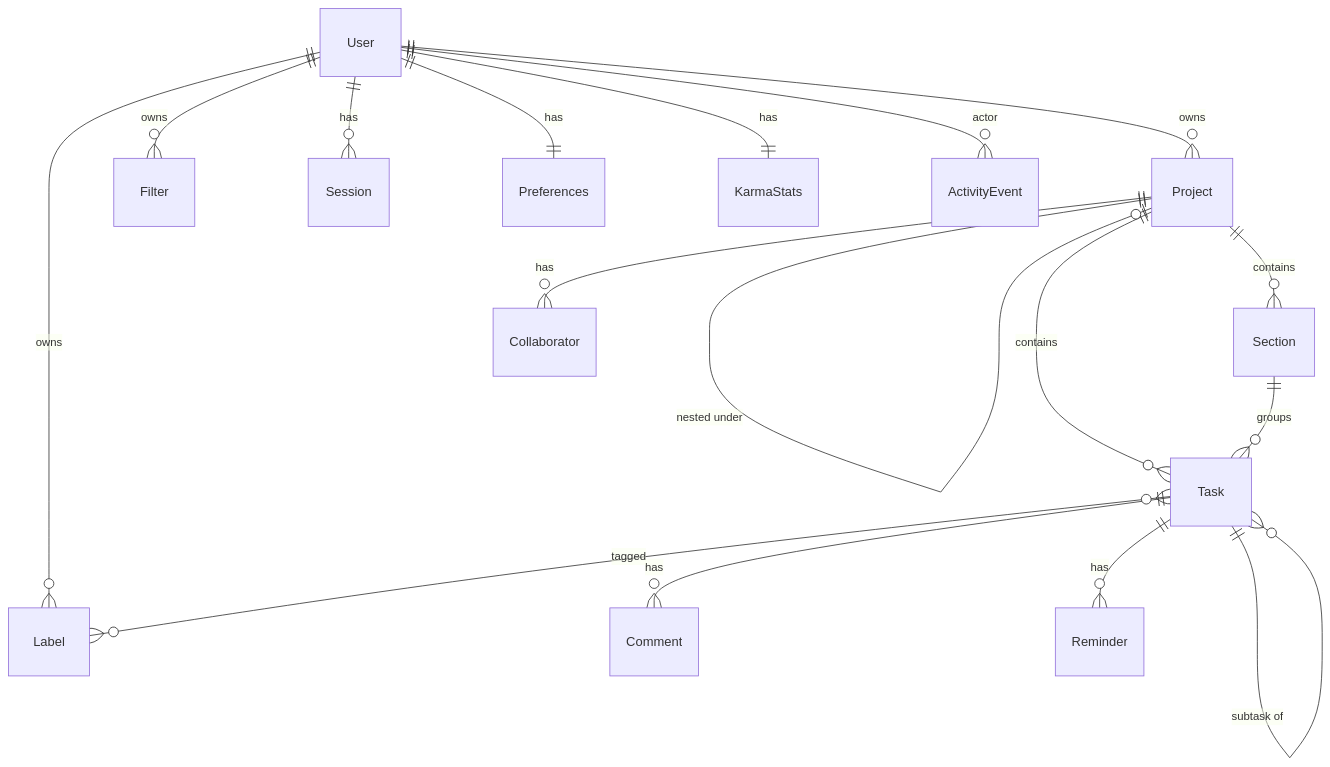
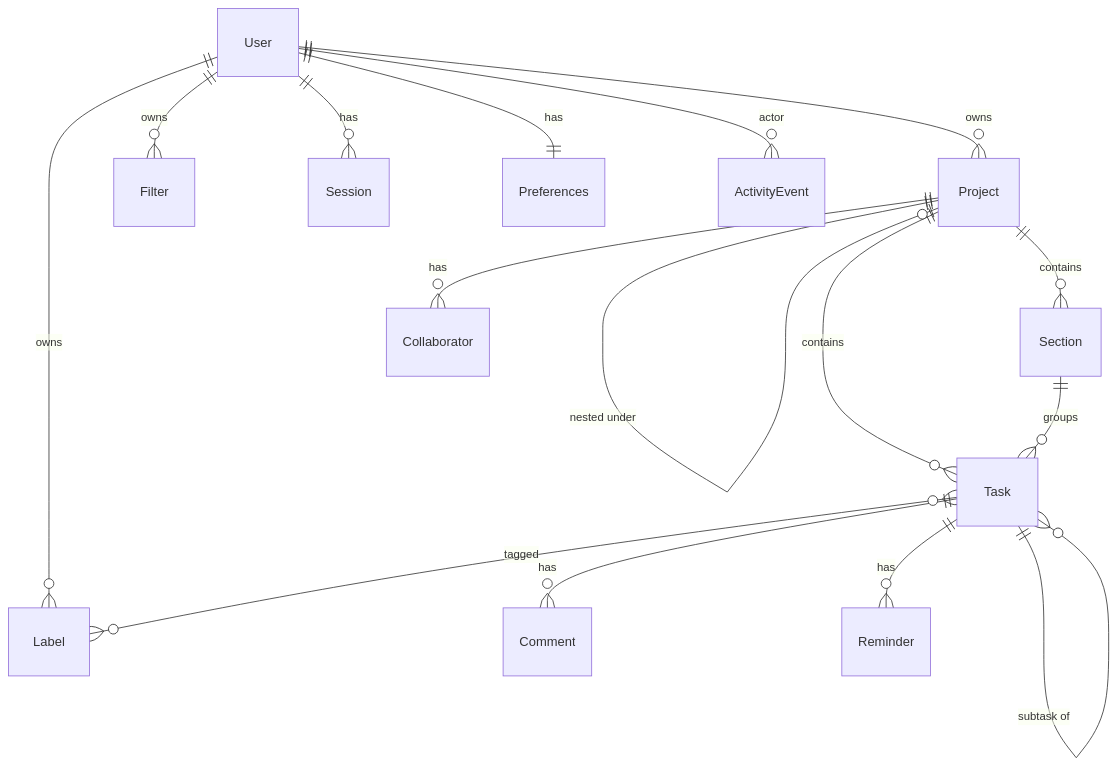
One commit to thiagobraga/planner changed the third of 3 diagrams in .kiro/specs/todoist-web-clone/design.md. Above: the diagram before and after it, drawn with Mermaid. The commit also changed other lines of this file and 5 other files, not shown here.

````diff
--- a/.kiro/specs/todoist-web-clone/design.md
+++ b/.kiro/specs/todoist-web-clone/design.md
@@ -207,23 +204,22 @@
 ```mermaid
 erDiagram
     User ||--o{ Project : owns
     User ||--o{ Label : owns
     User ||--o{ Filter : owns
     User ||--o{ Session : has
     User ||--|| Preferences : has
-    User ||--|| KarmaStats : has
 
     Project ||--o{ Section : contains
     Project ||--o{ Task : contains
     Project ||--o{ Collaborator : has
     Project ||--o| Project : "nested under"
 
     Section ||--o{ Task : groups
 
     Task ||--o{ Task : "subtask of"
     Task ||--o{ Comment : has
     Task ||--o{ Reminder : has
     Task }o--o{ Label : tagged
 
     User ||--o{ ActivityEvent : actor
 ```
````
